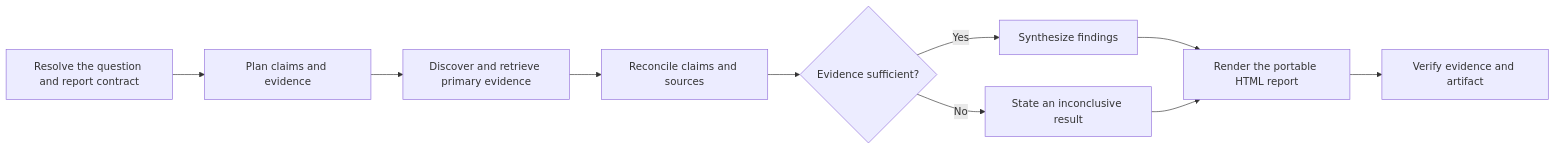
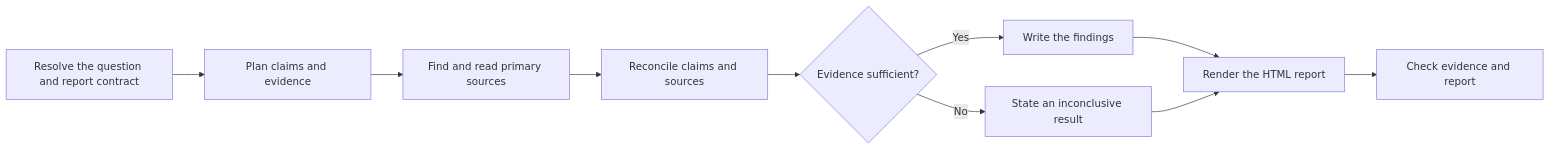
The diagram in plugin/skills/ptlam-researching/SKILL.md (fam-tung-lam/ptlam-agent-plugin), drawn with Mermaid before and after one commit. The commit also changed other lines of this file and 1734 other files, not shown here.

````diff
--- a/plugin/skills/ptlam-researching/SKILL.md
+++ b/plugin/skills/ptlam-researching/SKILL.md
@@ -17,12 +16,12 @@
 ```mermaid
 flowchart LR
     ResolveQuestion["Resolve the question and report contract"] --> PlanClaims["Plan claims and evidence"]
-    PlanClaims --> RetrieveEvidence["Discover and retrieve primary evidence"]
+    PlanClaims --> RetrieveEvidence["Find and read primary sources"]
     RetrieveEvidence --> ReconcileEvidence["Reconcile claims and sources"]
     ReconcileEvidence --> EvidenceSufficient{"Evidence sufficient?"}
-    EvidenceSufficient -->|"Yes"| SynthesizeFindings["Synthesize findings"]
+    EvidenceSufficient -->|"Yes"| SynthesizeFindings["Write the findings"]
     EvidenceSufficient -->|"No"| StateInconclusive["State an inconclusive result"]
-    SynthesizeFindings --> RenderReport["Render the portable HTML report"]
+    SynthesizeFindings --> RenderReport["Render the HTML report"]
     StateInconclusive --> RenderReport
-    RenderReport --> VerifyReport["Verify evidence and artifact"]
+    RenderReport --> VerifyReport["Check evidence and report"]
 ```
````
